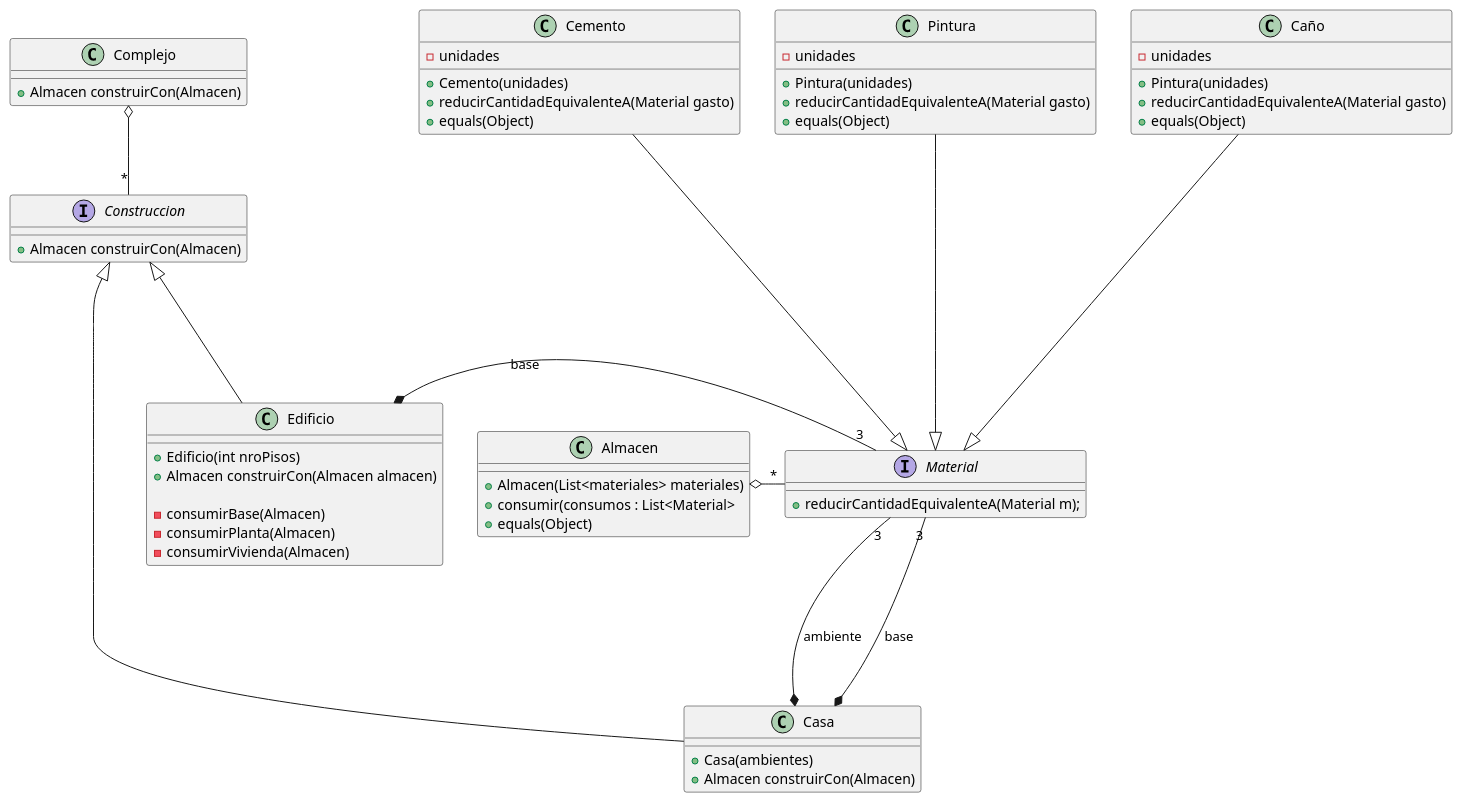
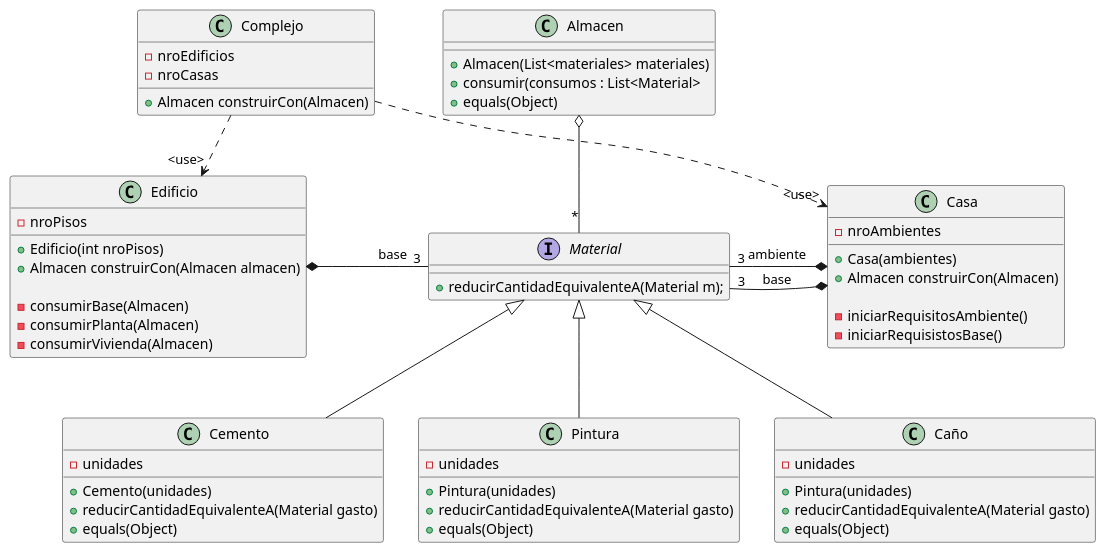
Before and after one commit to fiuba/algo3_constructura: the diagram in diagrams/dc.plantuml, drawn with PlantUML. The commit also changed 11 other files, not shown here.

```diff
--- a/diagrams/dc.plantuml
+++ b/diagrams/dc.plantuml
@@ -1,79 +1,81 @@
 @startuml
 
 class Complejo {
-
-    + Almacen construirCon(Almacen)
-}
-interface Construccion {
+    - nroEdificios
+    - nroCasas
 
     + Almacen construirCon(Almacen)
 }
 
 class Almacen {
 
     + Almacen(List<materiales> materiales)
     + consumir(consumos : List<Material>
     + equals(Object)
 }
 
 class Casa {
+    - nroAmbientes
 
     + Casa(ambientes)
     + Almacen construirCon(Almacen)
+
+    - iniciarRequisitosAmbiente()
+    - iniciarRequisistosBase()
 }
 
 
 class Edificio {
+    - nroPisos
 
     + Edificio(int nroPisos)
     + Almacen construirCon(Almacen almacen)
 
     - consumirBase(Almacen)
     - consumirPlanta(Almacen)
     - consumirVivienda(Almacen)
 }
 
 interface Material {
 
     + reducirCantidadEquivalenteA(Material m);
 }
 
 class Cemento {
     - unidades
 
     + Cemento(unidades)
     + reducirCantidadEquivalenteA(Material gasto)
     + equals(Object)
 }
 
 class Pintura {
     - unidades
 
     + Pintura(unidades)
     + reducirCantidadEquivalenteA(Material gasto)
     + equals(Object)
 }
 
 class Caño {
     - unidades
 
     + Pintura(unidades)
     + reducirCantidadEquivalenteA(Material gasto)
     + equals(Object)
 }
 
-Almacen o- "*" Material
-Material "3" ---* Casa: "base "
-Material "3" ---* Casa: "ambiente "
+Almacen o-- "*" Material
+Material "3" -* Casa: "base "
+Material "3" -* Casa: "ambiente "
 
 Edificio *- "3" Material: "\t\tbase "
 
-Pintura ----|> Material
-Caño ----|> Material
-Cemento ----|> Material
+Material <|-- Pintura
+Material <|-- Caño
+Material <|-- Cemento
 
-Complejo o-- "*" Construccion
+Complejo ..> "<use>" Casa
+Complejo ..> "<use>" Edificio
 
-Construccion <|--- Casa
-Construccion <|--- Edificio
 @enduml
```
